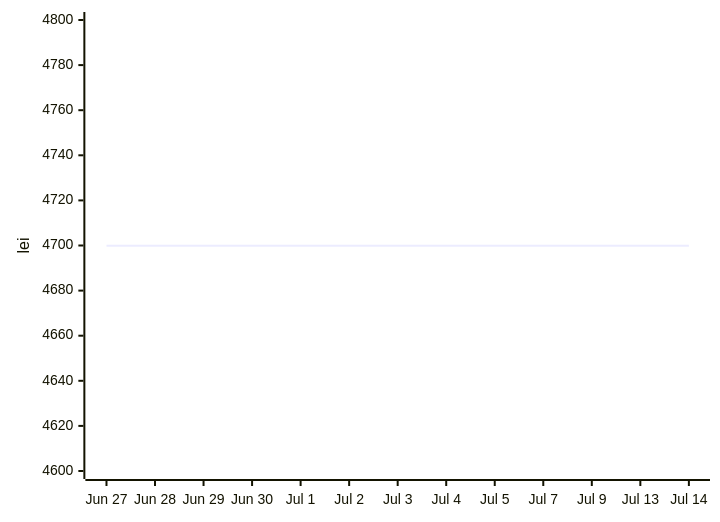
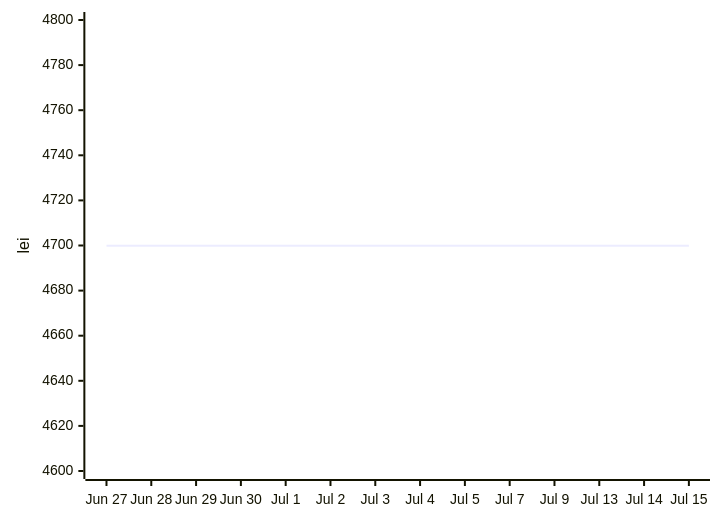
One commit to anagheioan/laptop-price-monitor changed the first of 2 diagrams in README.md. Above: the diagram before and after it, drawn with Mermaid. The commit also changed other lines of this file and 1 other file, not shown here.

Commit message:
Price check 2026-07-15

````diff
--- a/README.md
+++ b/README.md
@@ -21,6 +21,6 @@
 ```mermaid
 xychart-beta
-    x-axis ["Jun 27", "Jun 28", "Jun 29", "Jun 30", "Jul 1", "Jul 2", "Jul 3", "Jul 4", "Jul 5", "Jul 7", "Jul 9", "Jul 13", "Jul 14"]
+    x-axis ["Jun 27", "Jun 28", "Jun 29", "Jun 30", "Jul 1", "Jul 2", "Jul 3", "Jul 4", "Jul 5", "Jul 7", "Jul 9", "Jul 13", "Jul 14", "Jul 15"]
     y-axis "lei" 4600 --> 4800
-    line [4699.9, 4699.9, 4699.9, 4699.9, 4699.9, 4699.9, 4699.9, 4699.9, 4699.9, 4699.9, 4699.9, 4699.9, 4699.9]
+    line [4699.9, 4699.9, 4699.9, 4699.9, 4699.9, 4699.9, 4699.9, 4699.9, 4699.9, 4699.9, 4699.9, 4699.9, 4699.9, 4699.9]
 ```
````
